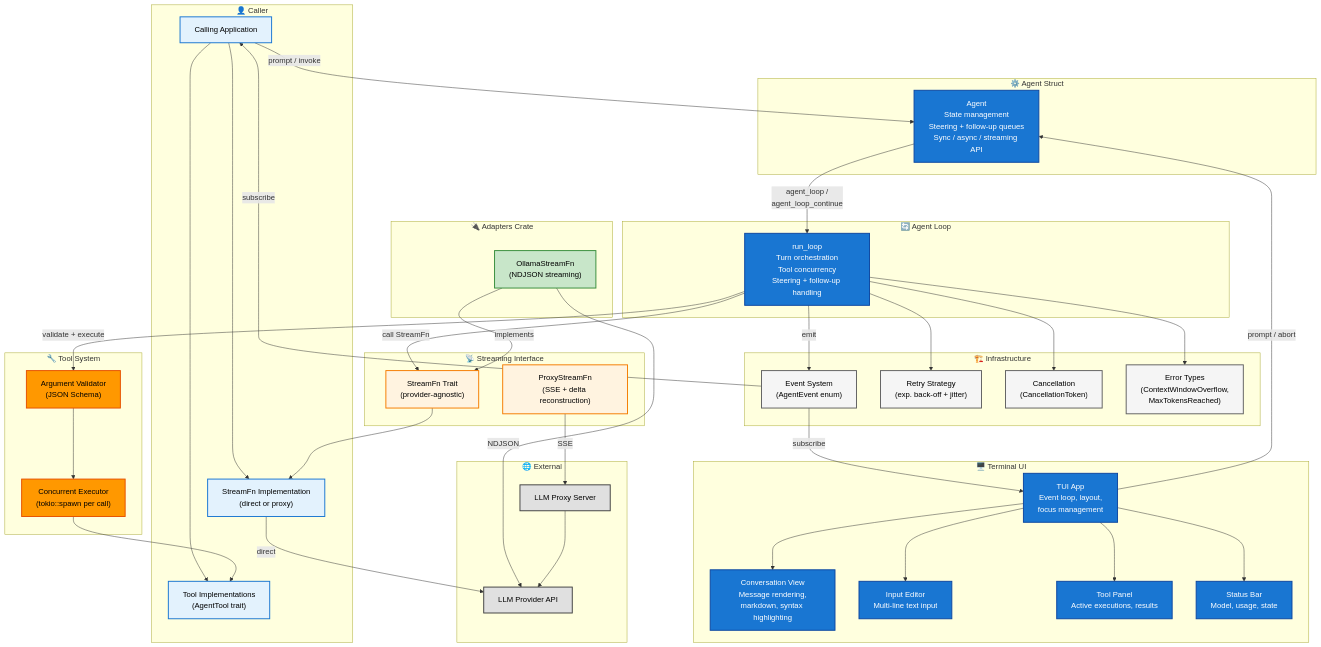
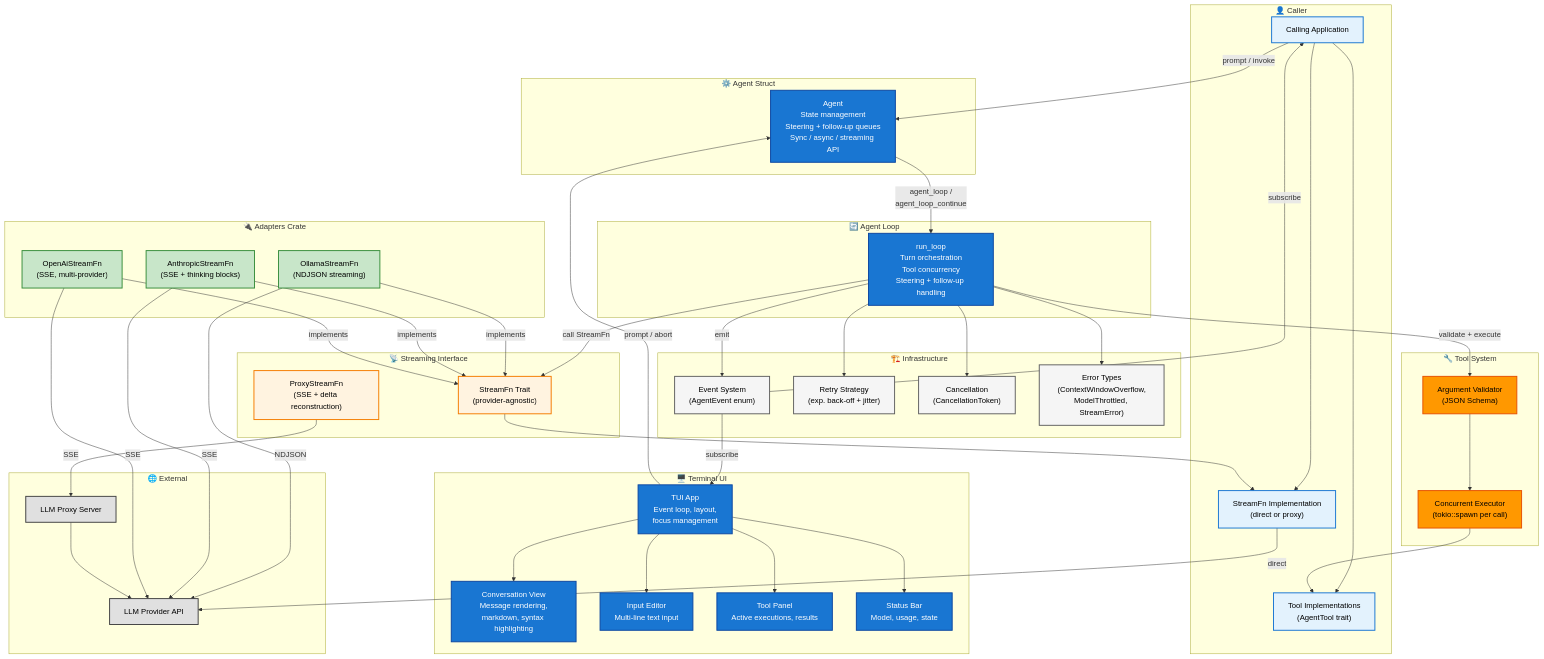
One commit to SuperSwinkAI/Swink-Agent changed the second of 5 diagrams in docs/architecture/HLD.md. Above: the diagram before and after it, drawn with Mermaid. The commit also changed other lines of this file and 22 other files, not shown here.

```diff
--- a/docs/architecture/HLD.md
+++ b/docs/architecture/HLD.md
@@ -95,13 +95,15 @@
 
     subgraph AdapterLayer["🔌 Adapters Crate"]
         OllamaFn["OllamaStreamFn<br/>(NDJSON streaming)"]
+        AnthropicFn["AnthropicStreamFn<br/>(SSE + thinking blocks)"]
+        OpenAiFn["OpenAiStreamFn<br/>(SSE, multi-provider)"]
     end
 
     subgraph InfraLayer["🏗️ Infrastructure"]
         Events["Event System<br/>(AgentEvent enum)"]
         Retry["Retry Strategy<br/>(exp. back-off + jitter)"]
         Cancel["Cancellation<br/>(CancellationToken)"]
-        Errors["Error Types<br/>(ContextWindowOverflow,<br/>MaxTokensReached)"]
+        Errors["Error Types<br/>(ContextWindowOverflow,<br/>ModelThrottled, StreamError)"]
     end
 
     subgraph TUILayer["🖥️ Terminal UI"]
@@ -127,8 +129,12 @@
     Loop -->|"call StreamFn"| StreamFn
     StreamFn --> StreamImpl
     OllamaFn -->|"implements"| StreamFn
+    AnthropicFn -->|"implements"| StreamFn
+    OpenAiFn -->|"implements"| StreamFn
     StreamImpl -->|direct| LLMProvider
     OllamaFn -->|"NDJSON"| LLMProvider
+    AnthropicFn -->|"SSE"| LLMProvider
+    OpenAiFn -->|"SSE"| LLMProvider
     ProxyFn -->|SSE| ProxyServer
     ProxyServer --> LLMProvider
     Loop -->|"emit"| Events
@@ -158,7 +164,7 @@
     class Loop loopStyle
     class Validator,Executor toolStyle
     class StreamFn,ProxyFn streamStyle
-    class OllamaFn adapterStyle
+    class OllamaFn,AnthropicFn,OpenAiFn adapterStyle
     class Events,Retry,Cancel,Errors infraStyle
     class TUIApp,ConvView,InputEditor,ToolPanel,StatusBar tuiStyle
     class LLMProvider,ProxyServer externalStyle
```
